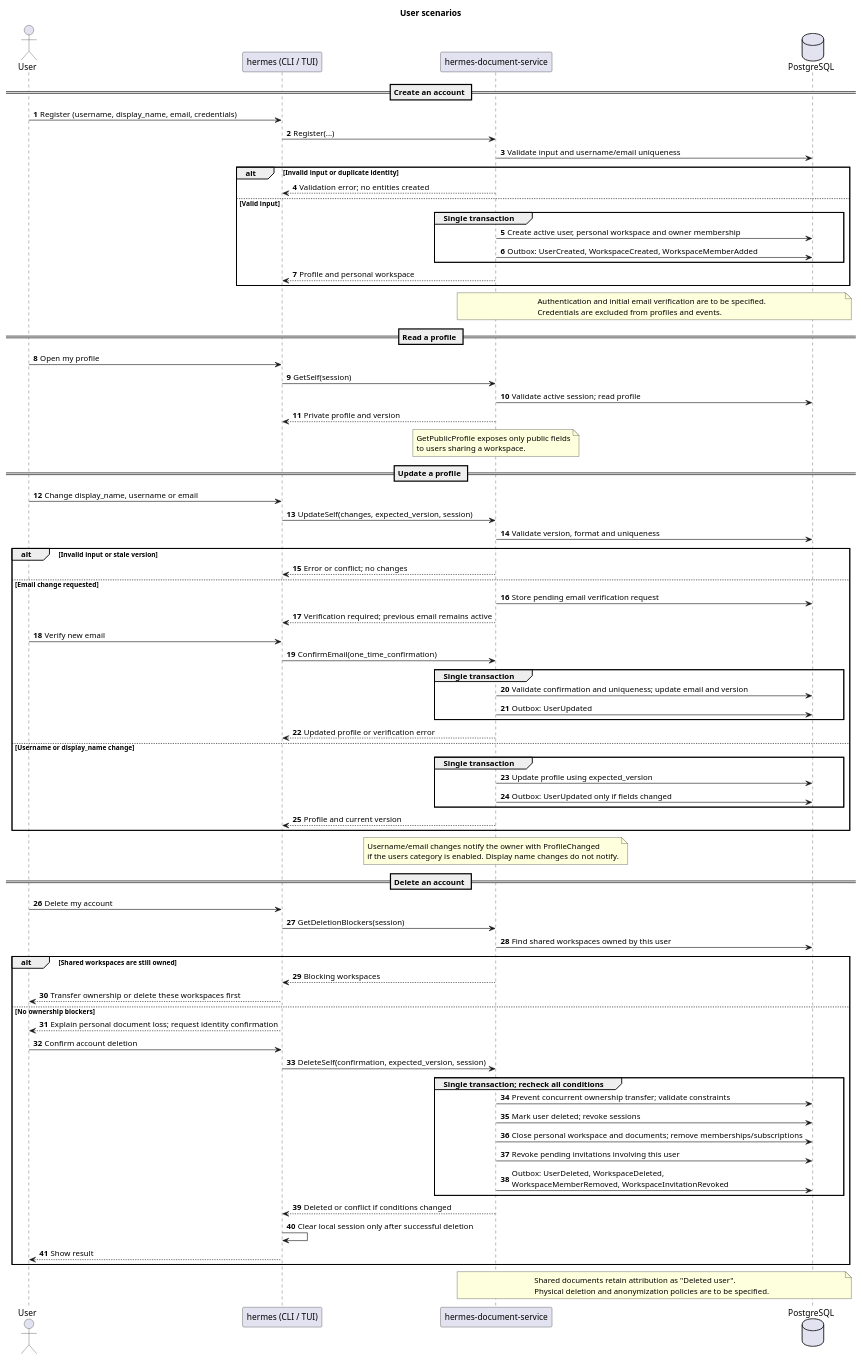
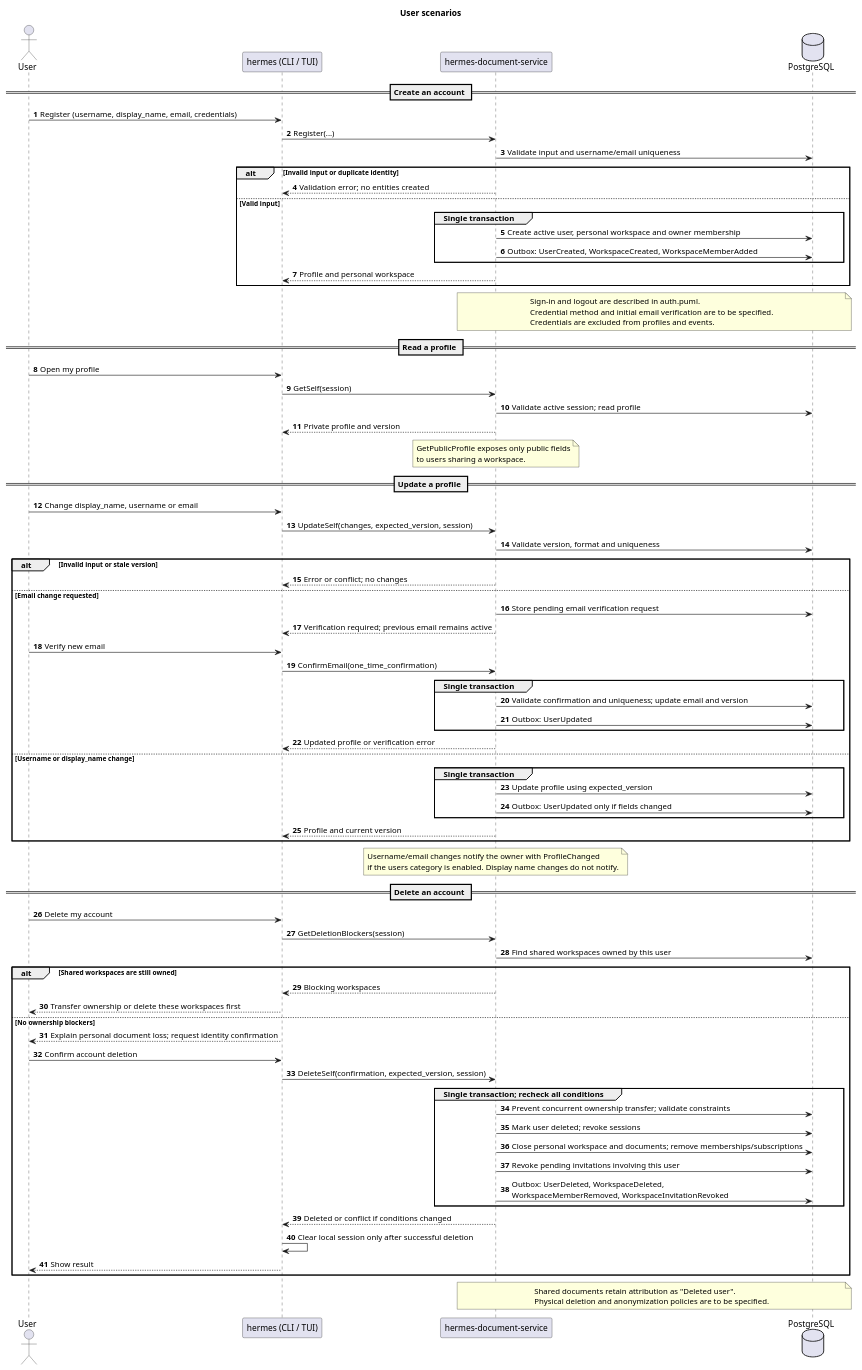
Before and after one commit to ravenclawprog/hermes: the diagram in arch/scenarios/users.puml, drawn with PlantUML. The commit also changed 2 other files, not shown here.

```diff
--- a/arch/scenarios/users.puml
+++ b/arch/scenarios/users.puml
@@ -1,91 +1,92 @@
 @startuml users
 title User scenarios
 autonumber
 actor "User" as User
 participant "hermes (CLI / TUI)" as Client
 participant "hermes-document-service" as HDS
 database "PostgreSQL" as DB
 
 == Create an account ==
 User -> Client : Register (username, display_name, email, credentials)
 Client -> HDS : Register(...)
 HDS -> DB : Validate input and username/email uniqueness
 alt Invalid input or duplicate identity
   HDS --> Client : Validation error; no entities created
 else Valid input
   group Single transaction
     HDS -> DB : Create active user, personal workspace and owner membership
     HDS -> DB : Outbox: UserCreated, WorkspaceCreated, WorkspaceMemberAdded
   end
   HDS --> Client : Profile and personal workspace
 end
 note over HDS, DB
-  Authentication and initial email verification are to be specified.
+  Sign-in and logout are described in auth.puml.
+  Credential method and initial email verification are to be specified.
   Credentials are excluded from profiles and events.
 end note
 
 == Read a profile ==
 User -> Client : Open my profile
 Client -> HDS : GetSelf(session)
 HDS -> DB : Validate active session; read profile
 HDS --> Client : Private profile and version
 note over HDS
   GetPublicProfile exposes only public fields
   to users sharing a workspace.
 end note
 
 == Update a profile ==
 User -> Client : Change display_name, username or email
 Client -> HDS : UpdateSelf(changes, expected_version, session)
 HDS -> DB : Validate version, format and uniqueness
 alt Invalid input or stale version
   HDS --> Client : Error or conflict; no changes
 else Email change requested
   HDS -> DB : Store pending email verification request
   HDS --> Client : Verification required; previous email remains active
   User -> Client : Verify new email
   Client -> HDS : ConfirmEmail(one_time_confirmation)
   group Single transaction
     HDS -> DB : Validate confirmation and uniqueness; update email and version
     HDS -> DB : Outbox: UserUpdated
   end
   HDS --> Client : Updated profile or verification error
 else Username or display_name change
   group Single transaction
     HDS -> DB : Update profile using expected_version
     HDS -> DB : Outbox: UserUpdated only if fields changed
   end
   HDS --> Client : Profile and current version
 end
 note over HDS
   Username/email changes notify the owner with ProfileChanged
   if the users category is enabled. Display name changes do not notify.
 end note
 
 == Delete an account ==
 User -> Client : Delete my account
 Client -> HDS : GetDeletionBlockers(session)
 HDS -> DB : Find shared workspaces owned by this user
 alt Shared workspaces are still owned
   HDS --> Client : Blocking workspaces
   Client --> User : Transfer ownership or delete these workspaces first
 else No ownership blockers
   Client --> User : Explain personal document loss; request identity confirmation
   User -> Client : Confirm account deletion
   Client -> HDS : DeleteSelf(confirmation, expected_version, session)
   group Single transaction; recheck all conditions
     HDS -> DB : Prevent concurrent ownership transfer; validate constraints
     HDS -> DB : Mark user deleted; revoke sessions
     HDS -> DB : Close personal workspace and documents; remove memberships/subscriptions
     HDS -> DB : Revoke pending invitations involving this user
     HDS -> DB : Outbox: UserDeleted, WorkspaceDeleted,\nWorkspaceMemberRemoved, WorkspaceInvitationRevoked
   end
   HDS --> Client : Deleted or conflict if conditions changed
   Client -> Client : Clear local session only after successful deletion
   Client --> User : Show result
 end
 note over HDS, DB
   Shared documents retain attribution as "Deleted user".
   Physical deletion and anonymization policies are to be specified.
 end note
 @enduml
```
